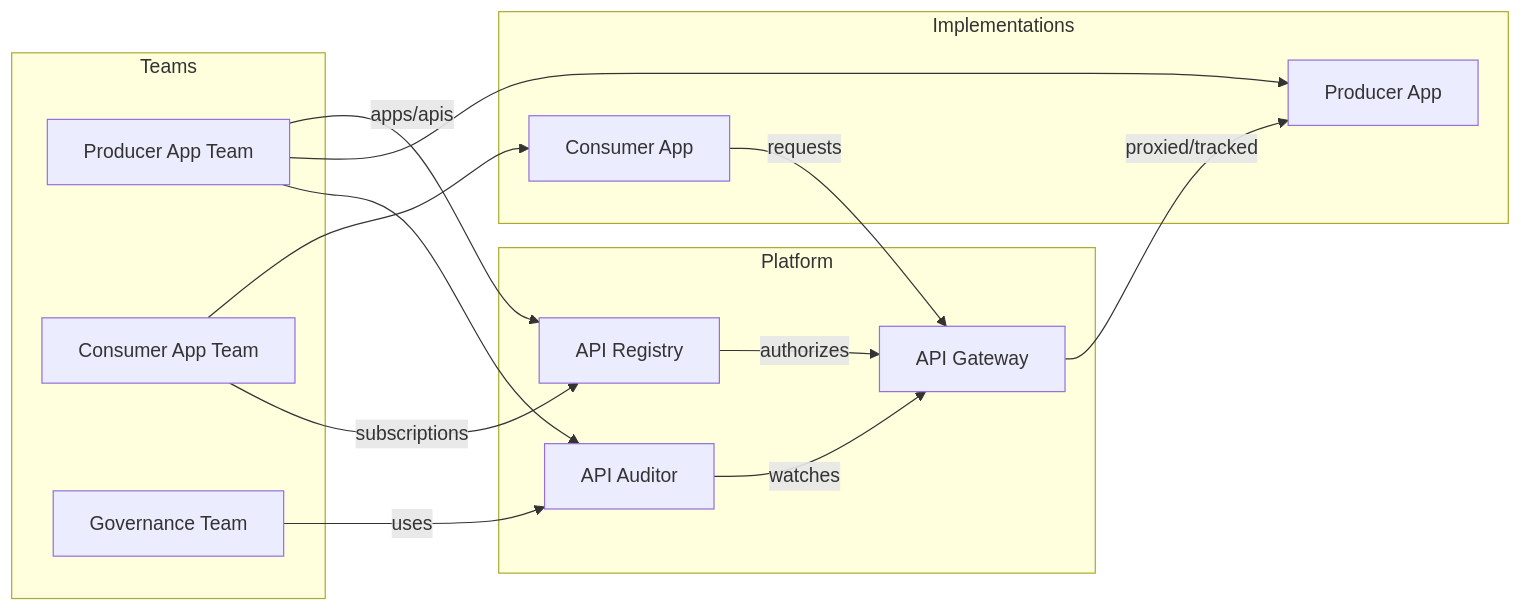
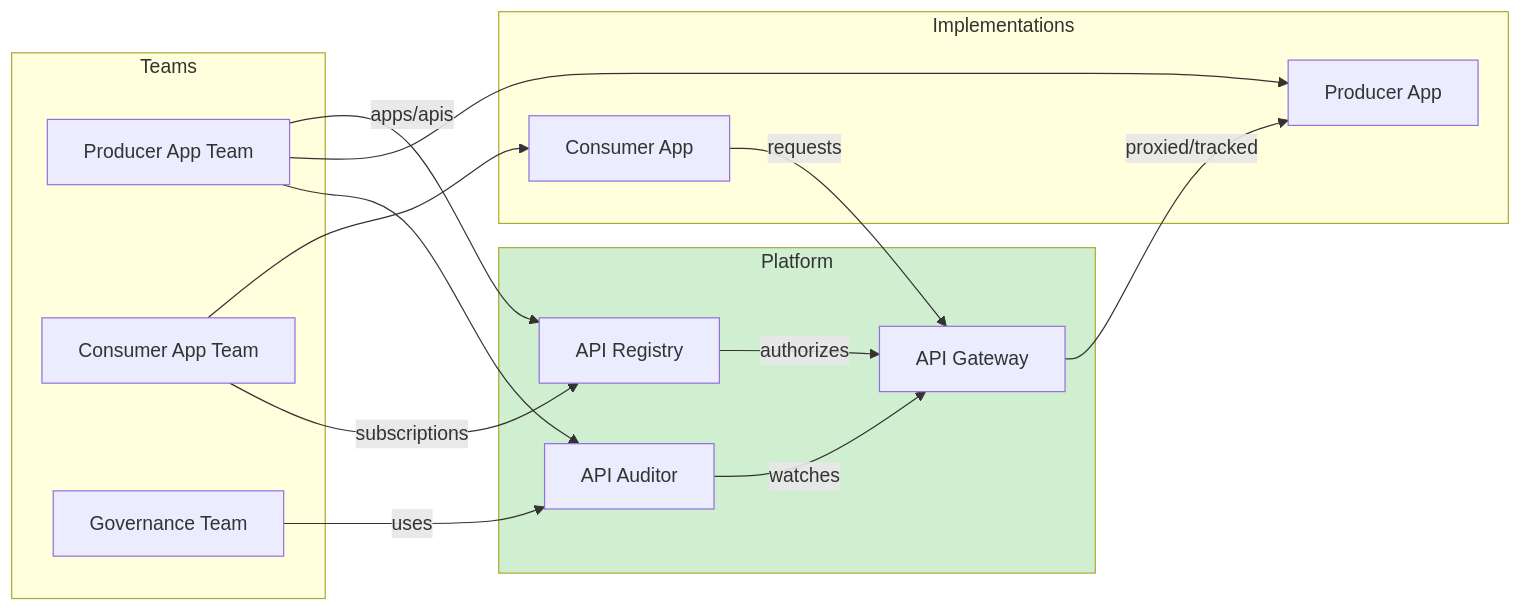
The first of 7 diagrams in technical-design.md (barbecuesteve/api-governance), drawn with Mermaid before and after one commit.

Commit message:
pale green

````diff
--- a/technical-design.md
+++ b/technical-design.md
@@ -20,31 +20,33 @@
 ```mermaid
 flowchart LR
     subgraph Teams
         TeamP[Producer App Team]
         TeamC[Consumer App Team]
         Admin[Governance Team]
     end
 
     subgraph Platform
         Registry[API Registry]
         Gateway[API Gateway]
         Auditor[API Auditor]
     end
 
     subgraph Implementations
         AppC[Consumer App]
         AppP[Producer App]
     end
 
     Registry -->|authorizes| Gateway
     Gateway -->|proxied/tracked| AppP
     AppC -->|requests| Gateway
     TeamP -->|apps/apis| Registry
     TeamP --> AppP
     TeamC --> AppC
     TeamC -->|subscriptions| Registry
     TeamP --> Auditor
     Admin -->|uses| Auditor
     Auditor -->|watches| Gateway
 
+    style Platform fill:#D0EED0
+
 ```
````
